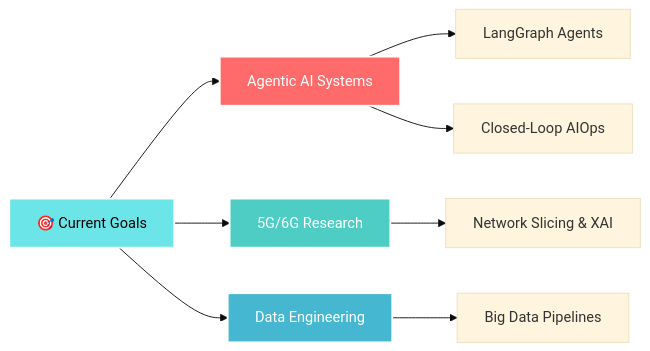
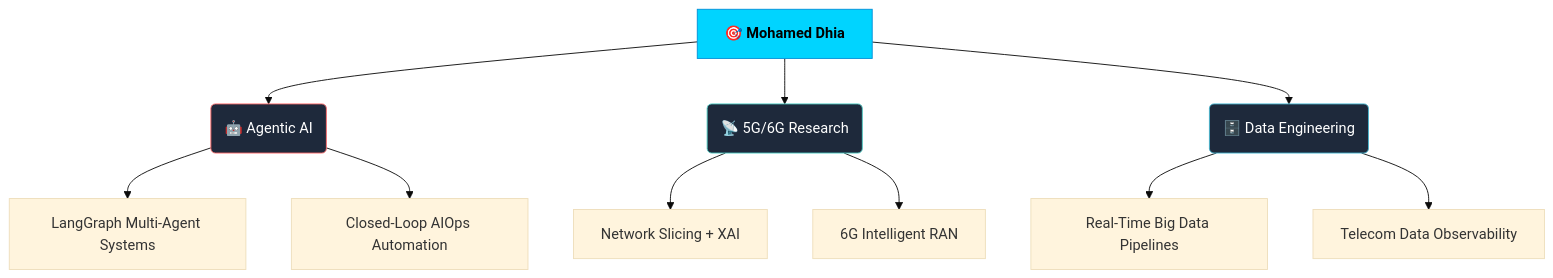
Before and after one commit to Dhiac7/Dhiac7: the diagram in README.md, drawn with Mermaid (base theme). The commit also changed other lines of this file, not shown here.

````diff
--- a/README.md
+++ b/README.md
@@ -186,15 +90,20 @@
 ```mermaid
-graph LR
-    A[🎯 Current Goals] --> B[Agentic AI Systems]
-    A --> C[5G/6G Research]
-    A --> D[Data Engineering]
-    B --> E[LangGraph Agents]
-    B --> F[Closed-Loop AIOps]
-    C --> G[Network Slicing & XAI]
-    D --> H[Big Data Pipelines]
+graph TD
+    A[🎯 Mohamed Dhia] --> B(🤖 Agentic AI)
+    A --> C(📡 5G/6G Research)
+    A --> D(🗄️ Data Engineering)
 
-    style A fill:#6CE5E8,stroke:#fff,stroke-width:2px,color:#000
-    style B fill:#FF6B6B,stroke:#fff,stroke-width:2px,color:#fff
-    style C fill:#4ECDC4,stroke:#fff,stroke-width:2px,color:#fff
-    style D fill:#45B7D1,stroke:#fff,stroke-width:2px,color:#fff
+    B --> B1[LangGraph Multi-Agent Systems]
+    B --> B2[Closed-Loop AIOps Automation]
+
+    C --> C1[Network Slicing + XAI]
+    C --> C2[6G Intelligent RAN]
+
+    D --> D1[Real-Time Big Data Pipelines]
+    D --> D2[Telecom Data Observability]
+
+    style A fill:#00d4ff,stroke:#0090d9,color:#000,font-weight:bold
+    style B fill:#1e293b,stroke:#FF6B6B,color:#fff
+    style C fill:#1e293b,stroke:#4ECDC4,color:#fff
+    style D fill:#1e293b,stroke:#45B7D1,color:#fff
 ```
````
